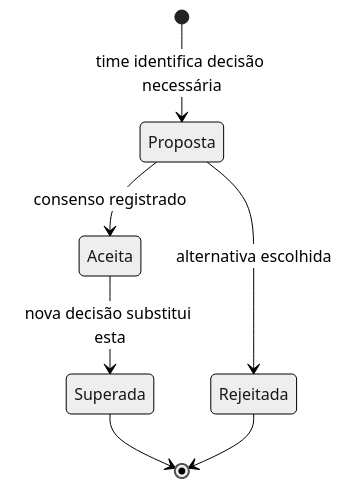
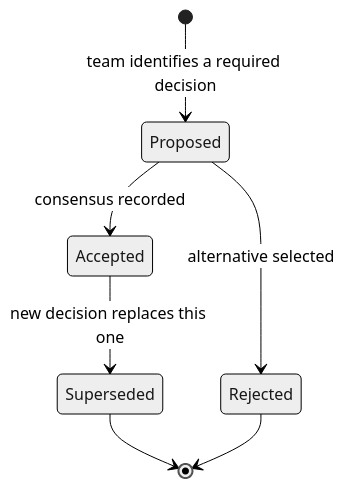
One commit to paulasilvatech/datacorp-mm-team-kit changed the diagram in 07-conceitos/06-architecture-decision-records.md. Above: the diagram before and after it, drawn with Mermaid. The commit also changed other lines of this file and 44 other files, not shown here.

````diff
--- a/07-conceitos/06-architecture-decision-records.md
+++ b/07-conceitos/06-architecture-decision-records.md
@@ -73,10 +73,10 @@
 ```mermaid
 %%{init: {'theme':'neutral','themeVariables':{'fontFamily':'ui-sans-serif, system-ui, sans-serif','primaryColor':'#F5F5F5','primaryTextColor':'#171717','primaryBorderColor':'#171717','lineColor':'#525252','secondaryColor':'#FFFFFF','tertiaryColor':'#FAFAFA','background':'#FFFFFF'}}}%%
 stateDiagram-v2
-    [*] --> Proposta : time identifica decisão necessária
-    Proposta --> Aceita : consenso registrado
-    Proposta --> Rejeitada : alternativa escolhida
-    Aceita --> Superada : nova decisão substitui esta
-    Superada --> [*]
-    Rejeitada --> [*]
+    [*] --> Proposed : team identifies a required decision
+    Proposed --> Accepted : consensus recorded
+    Proposed --> Rejected : alternative selected
+    Accepted --> Superseded : new decision replaces this one
+    Superseded --> [*]
+    Rejected --> [*]
 ```
````
